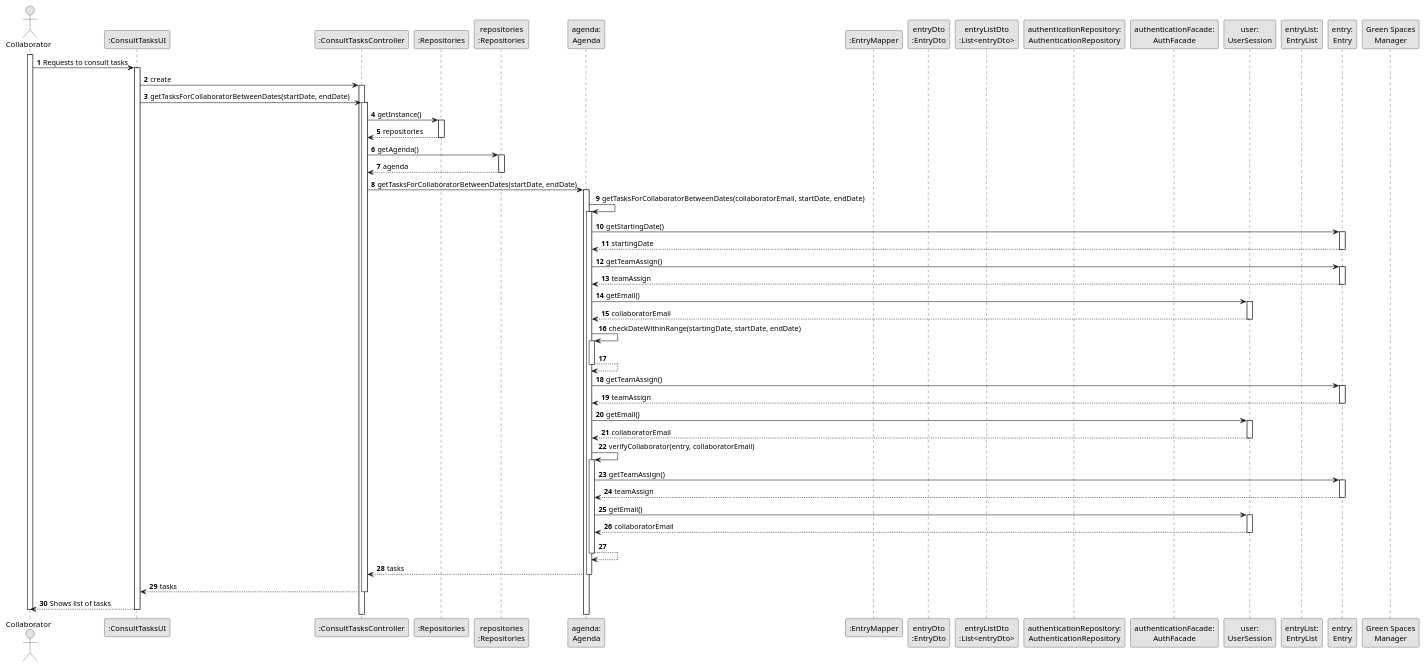
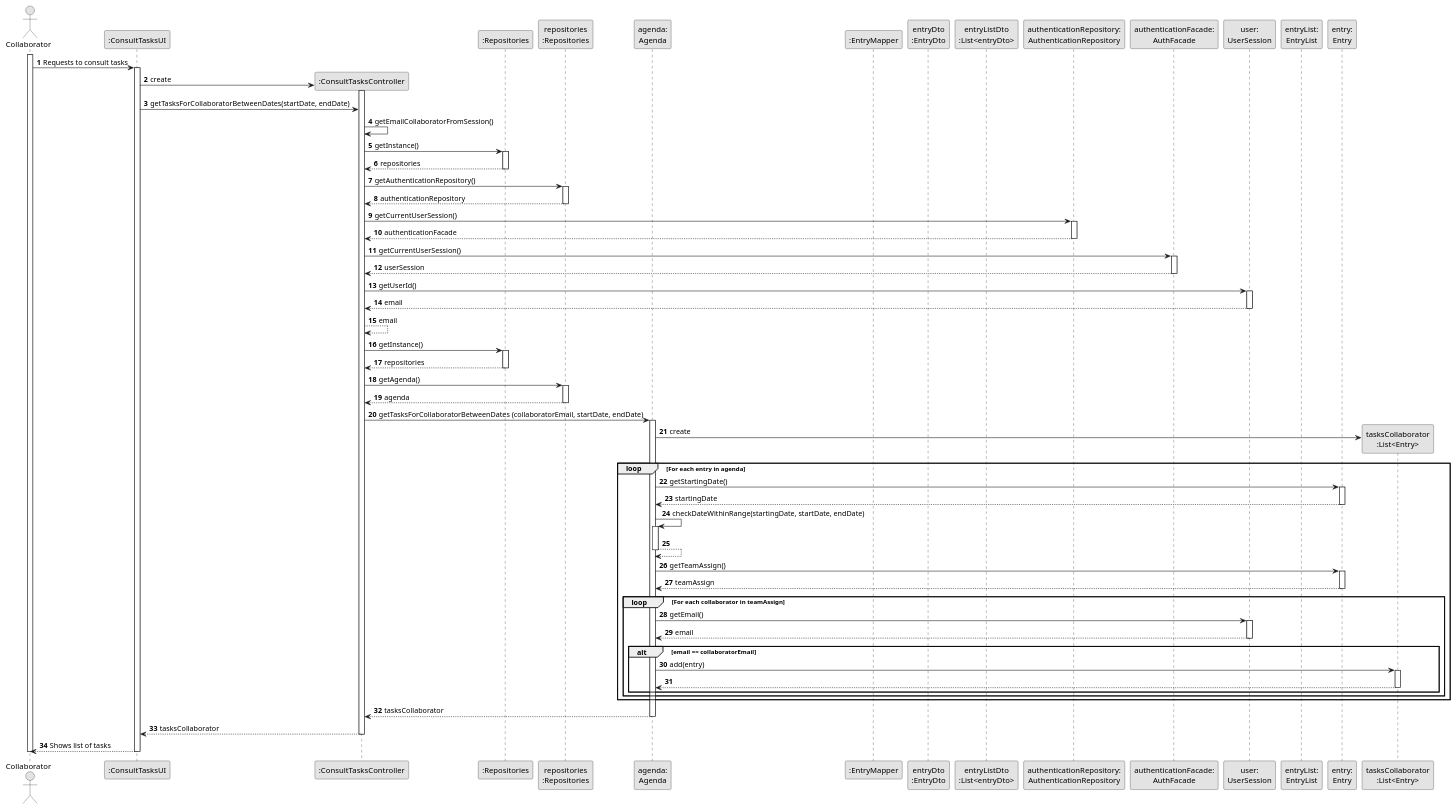
Before and after one commit to daniel41silva05/ISEP_2023_2024_LAPR2: the diagram in docs/sprintA&B&C/us028/03.design/puml/us028-sequence-diagram-full.puml, drawn with PlantUML. The commit also changed 1 other file, not shown here.

Commit message:
US28 Sequence Diagram Correction

```diff
--- a/docs/sprintA&B&C/us028/03.design/puml/us028-sequence-diagram-full.puml
+++ b/docs/sprintA&B&C/us028/03.design/puml/us028-sequence-diagram-full.puml
@@ -1,118 +1,139 @@
 @startuml
 skinparam monochrome true
 skinparam packageStyle rectangle
 skinparam shadowing false
 
 autonumber
 
 'hide footbox
 actor "Collaborator" as COLLABORATOR
 participant ":ConsultTasksUI" as UI
 participant ":ConsultTasksController" as CTRL
 participant ":Repositories" as REP
 participant "repositories\n:Repositories" as REPS
 participant "agenda:\nAgenda" as AGENDA
 participant ":EntryMapper" as entryMAPPER
 participant "entryDto\n:EntryDto" as entryDTO
 participant "entryListDto\n:List<entryDto>" as entryListDTO
 participant "authenticationRepository:\nAuthenticationRepository" as authentication
 participant "authenticationFacade:\nAuthFacade" as authFacade
 participant "user:\nUserSession" as user
 participant "entryList:\nEntryList" as entryList
 participant "entry:\nEntry" as ENTRY
-participant "Green Spaces\nManager" as GSM
 
 activate COLLABORATOR
 
 COLLABORATOR -> UI : Requests to consult tasks
-activate UI
+    activate UI
 
-    UI -> CTRL : create
-    activate CTRL
+    UI -> CTRL** : create
+        activate CTRL
 
     UI -> CTRL : getTasksForCollaboratorBetweenDates(startDate, endDate)
-    activate CTRL
+
+            CTRL -> CTRL: getEmailCollaboratorFromSession()
+
+            CTRL -> REP: getInstance()
+            activate REP
+
+            REP --> CTRL: repositories
+            deactivate REP
+
+            CTRL -> REPS: getAuthenticationRepository()
+            activate REPS
+
+            REPS --> CTRL: authenticationRepository
+            deactivate REPS
+
+            CTRL -> authentication: getCurrentUserSession()
+            activate authentication
+
+            authentication --> CTRL: authenticationFacade
+            deactivate authentication
+
+            CTRL -> authFacade: getCurrentUserSession()
+            activate authFacade
+
+            authFacade --> CTRL: userSession
+            deactivate authFacade
+
+            CTRL -> user: getUserId()
+            activate user
+
+            user --> CTRL: email
+            deactivate user
+
+            CTRL --> CTRL: email
+
+
 
         CTRL -> REP : getInstance()
         activate REP
 
         REP --> CTRL: repositories
         deactivate REP
 
         CTRL -> REPS : getAgenda()
         activate REPS
 
         REPS --> CTRL: agenda
         deactivate REPS
 
-        CTRL -> AGENDA : getTasksForCollaboratorBetweenDates(startDate, endDate)
+        CTRL -> AGENDA : getTasksForCollaboratorBetweenDates (collaboratorEmail, startDate, endDate)
         activate AGENDA
 
-            AGENDA -> AGENDA : getTasksForCollaboratorBetweenDates(collaboratorEmail, startDate, endDate)
-            activate AGENDA
+                AGENDA -> "tasksCollaborator\n:List<Entry>"** : create
+
+                loop For each entry in agenda
 
                 AGENDA -> ENTRY : getStartingDate()
                 activate ENTRY
 
                 ENTRY --> AGENDA : startingDate
                 deactivate ENTRY
-
-                AGENDA -> ENTRY : getTeamAssign()
-                activate ENTRY
-
-                ENTRY --> AGENDA : teamAssign
-                deactivate ENTRY
-
-                AGENDA -> user : getEmail()
-                activate user
-
-                user --> AGENDA : collaboratorEmail
-                deactivate user
 
                 AGENDA -> AGENDA : checkDateWithinRange(startingDate, startDate, endDate)
                 activate AGENDA
 
                 AGENDA --> AGENDA
                 deactivate AGENDA
 
                 AGENDA -> ENTRY : getTeamAssign()
                 activate ENTRY
 
                 ENTRY --> AGENDA : teamAssign
                 deactivate ENTRY
 
+                loop For each collaborator in teamAssign
+
                 AGENDA -> user : getEmail()
                 activate user
 
-                user --> AGENDA : collaboratorEmail
+                user --> AGENDA : email
                 deactivate user
 
-                AGENDA -> AGENDA : verifyCollaborator(entry, collaboratorEmail)
-                activate AGENDA
+                alt email == collaboratorEmail
 
-                    AGENDA -> ENTRY : getTeamAssign()
-                    activate ENTRY
+                AGENDA -> "tasksCollaborator\n:List<Entry>" : add(entry)
+                activate "tasksCollaborator\n:List<Entry>"
 
-                    ENTRY --> AGENDA : teamAssign
-                    deactivate ENTRY
+                "tasksCollaborator\n:List<Entry>" --> AGENDA
+                deactivate "tasksCollaborator\n:List<Entry>"
 
-                    AGENDA -> user : getEmail()
-                    activate user
+                end
+                end loop
+                end loop
 
-                    user --> AGENDA : collaboratorEmail
-                    deactivate user
 
-                AGENDA --> AGENDA
-                deactivate AGENDA
 
-            AGENDA --> CTRL : tasks
+            AGENDA --> CTRL : tasksCollaborator
             deactivate AGENDA
 
-        CTRL --> UI : tasks
+        CTRL --> UI : tasksCollaborator
         deactivate CTRL
 
     UI --> COLLABORATOR : Shows list of tasks
     deactivate UI
 
 deactivate COLLABORATOR
 @enduml
```
